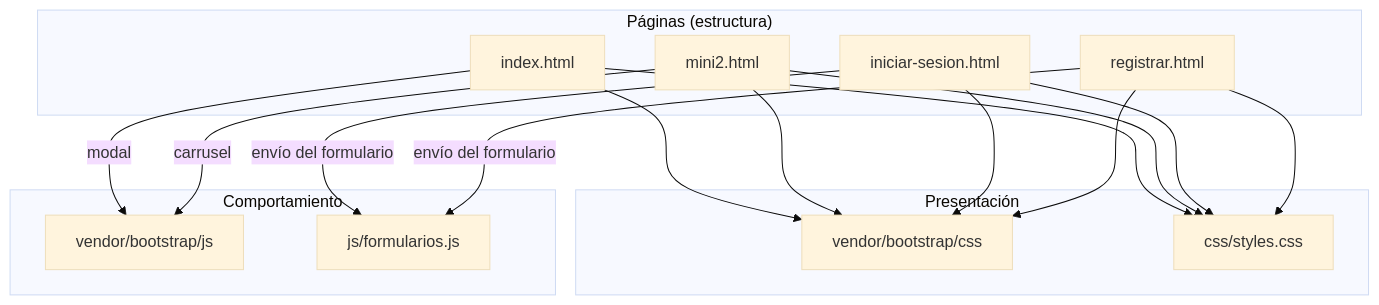
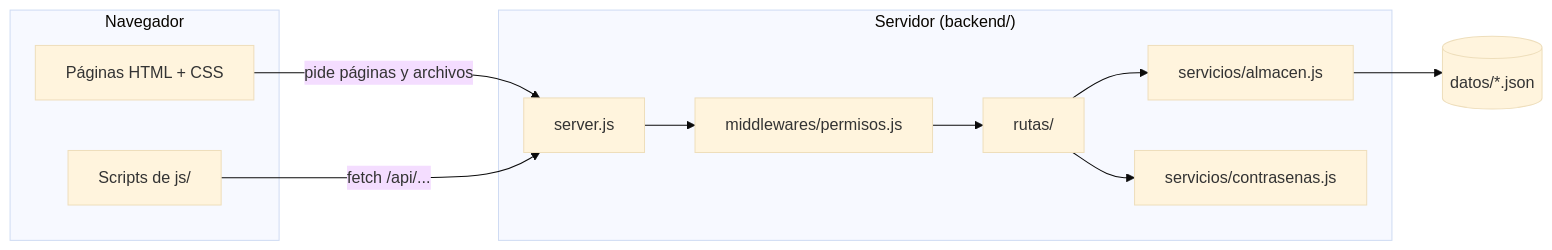
The first of 3 diagrams in README.md (blasscode/Droner), drawn with Mermaid (base theme) before and after one commit. The commit also changed other lines of this file and 24 other files, not shown here.

````diff
--- a/README.md
+++ b/README.md
@@ -60,32 +65,24 @@
 ```mermaid
-flowchart TD
-    subgraph Paginas["Páginas (estructura)"]
-        I[index.html]
-        M[mini2.html]
-        L[iniciar-sesion.html]
-        R[registrar.html]
+flowchart LR
+    subgraph Navegador
+        P[Páginas HTML + CSS]
+        J[Scripts de js/]
     end
 
-    subgraph Estilos["Presentación"]
-        BC[vendor/bootstrap/css]
-        SC[css/styles.css]
+    subgraph Servidor["Servidor (backend/)"]
+        S[server.js]
+        M[middlewares/permisos.js]
+        R[rutas/]
+        A[servicios/almacen.js]
+        C[servicios/contrasenas.js]
     end
 
-    subgraph Scripts["Comportamiento"]
-        BJ[vendor/bootstrap/js]
-        FJ[js/formularios.js]
-    end
+    D[(datos/*.json)]
 
-    I --> BC
-    M --> BC
-    L --> BC
-    R --> BC
-    I --> SC
-    M --> SC
-    L --> SC
-    R --> SC
-    I -- modal --> BJ
-    M -- carrusel --> BJ
-    L -- envío del formulario --> FJ
-    R -- envío del formulario --> FJ
+    P -- "pide páginas y archivos" --> S
+    J -- "fetch /api/..." --> S
+    S --> M --> R
+    R --> A
+    R --> C
+    A --> D
 ```
````
